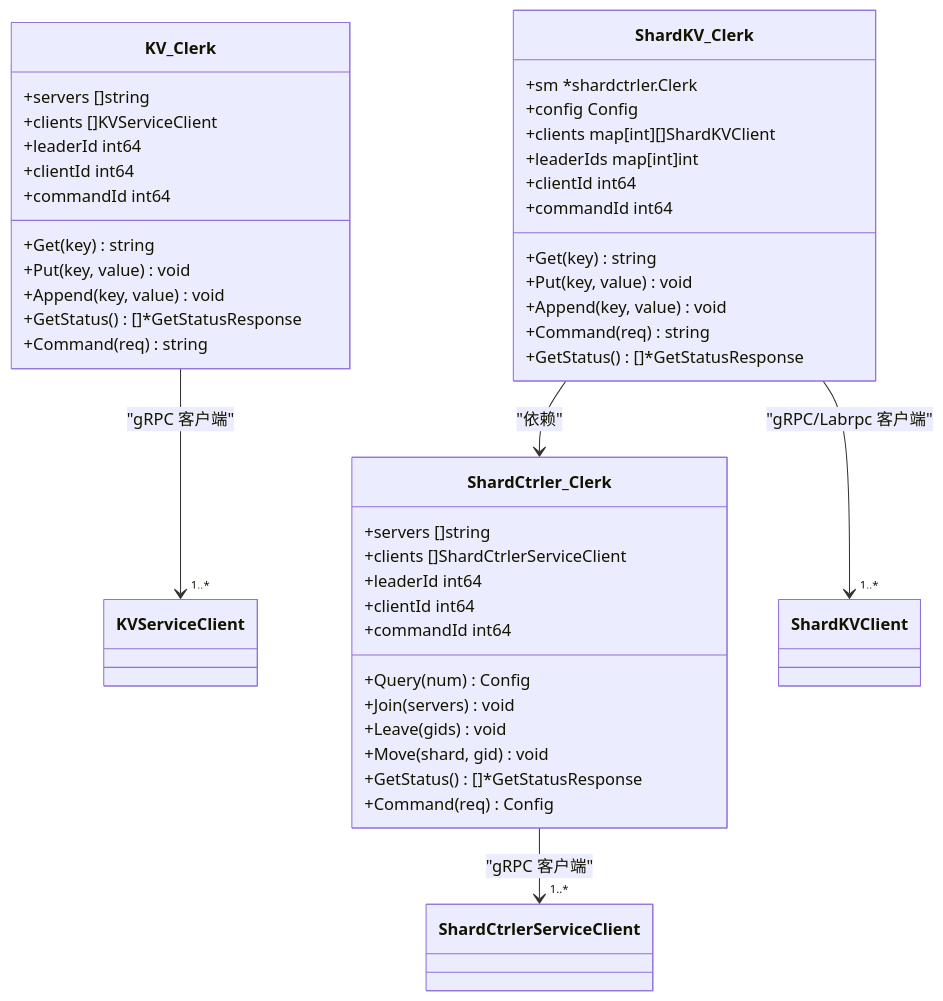
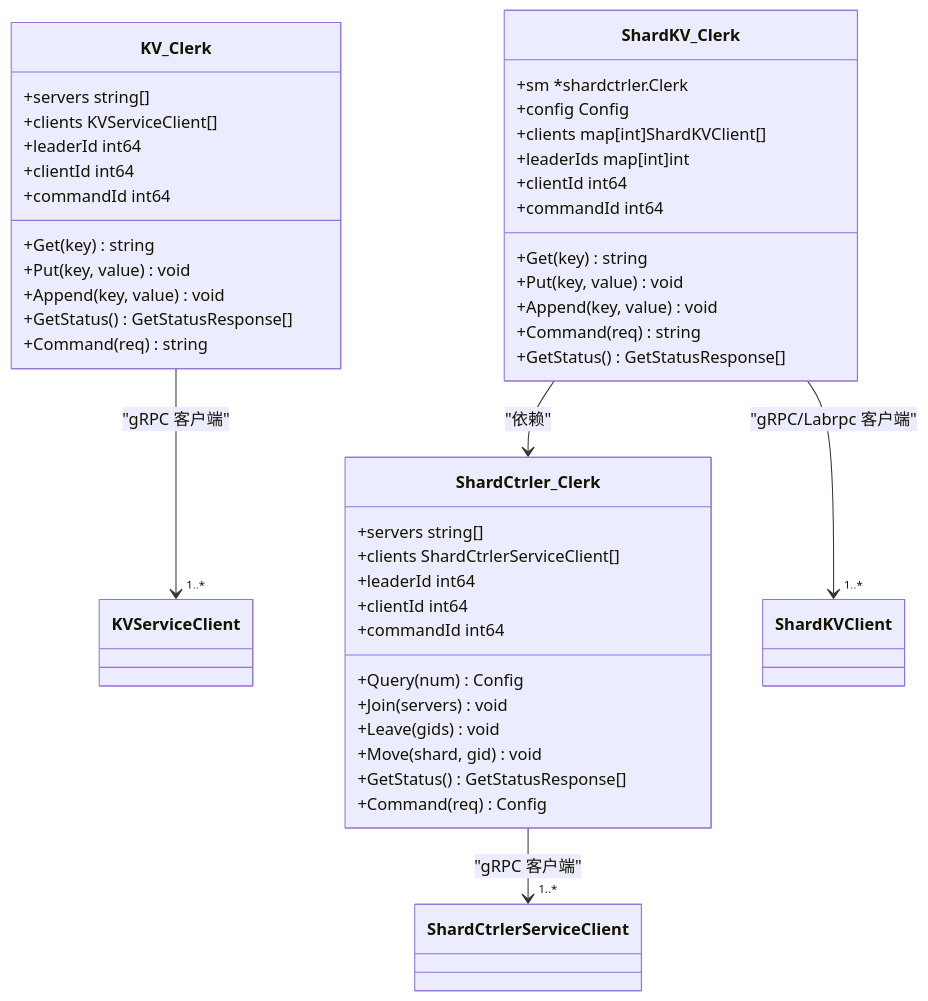
Before and after one commit to eraft-io/eraft: the sixth of 7 diagrams in wiki/RPC 通信层/客户端实现.md, drawn with Mermaid. The commit also changed 35 other files, not shown here.

````diff
--- a/wiki/RPC 通信层/客户端实现.md
+++ b/wiki/RPC 通信层/客户端实现.md
@@ -210,45 +210,45 @@
 ```mermaid
 classDiagram
 class KV_Clerk {
-+servers []string
-+clients []KVServiceClient
++servers string[]
++clients KVServiceClient[]
 +leaderId int64
 +clientId int64
 +commandId int64
 +Get(key) string
 +Put(key, value) void
 +Append(key, value) void
-+GetStatus() []*GetStatusResponse
++GetStatus() GetStatusResponse[]
 +Command(req) string
 }
 class ShardKV_Clerk {
 +sm *shardctrler.Clerk
 +config Config
-+clients map[int][]ShardKVClient
++clients map[int]ShardKVClient[]
 +leaderIds map[int]int
 +clientId int64
 +commandId int64
 +Get(key) string
 +Put(key, value) void
 +Append(key, value) void
 +Command(req) string
-+GetStatus() []*GetStatusResponse
++GetStatus() GetStatusResponse[]
 }
 class ShardCtrler_Clerk {
-+servers []string
-+clients []ShardCtrlerServiceClient
++servers string[]
++clients ShardCtrlerServiceClient[]
 +leaderId int64
 +clientId int64
 +commandId int64
 +Query(num) Config
 +Join(servers) void
 +Leave(gids) void
 +Move(shard, gid) void
-+GetStatus() []*GetStatusResponse
++GetStatus() GetStatusResponse[]
 +Command(req) Config
 }
 KV_Clerk --> "1..*" KVServiceClient : "gRPC 客户端"
 ShardKV_Clerk --> ShardCtrler_Clerk : "依赖"
 ShardKV_Clerk --> "1..*" ShardKVClient : "gRPC/Labrpc 客户端"
 ShardCtrler_Clerk --> "1..*" ShardCtrlerServiceClient : "gRPC 客户端"
 ```
````
